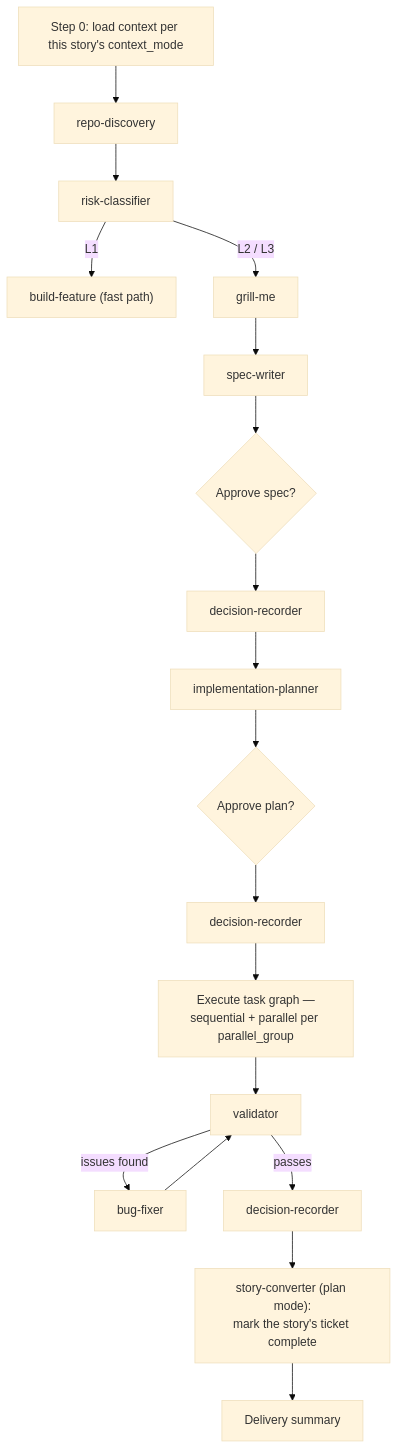
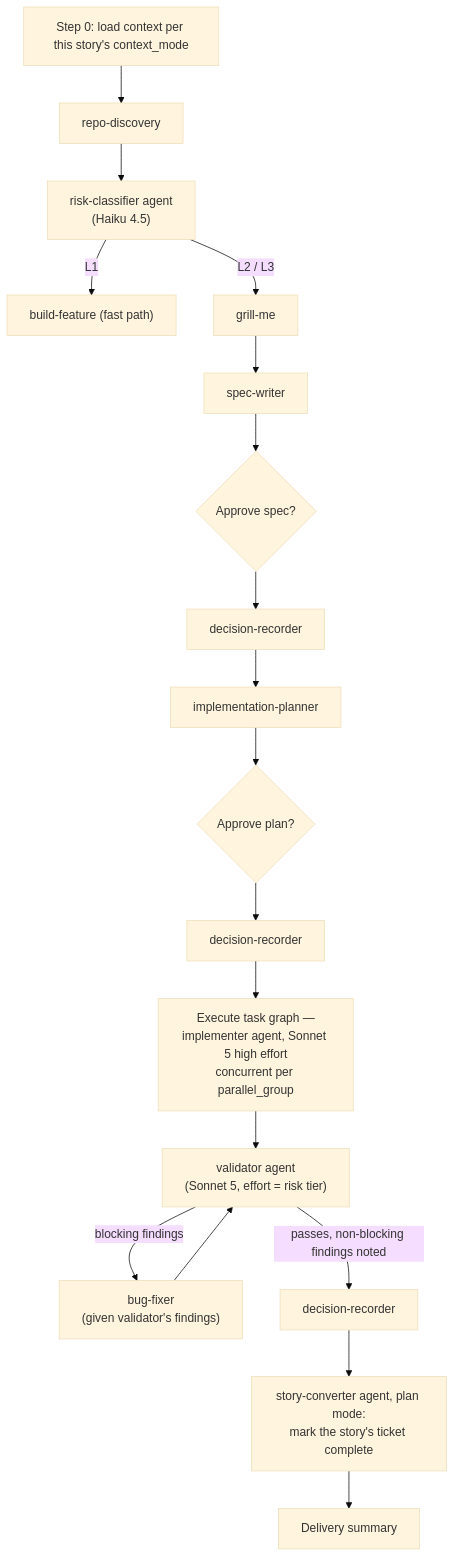
Before and after one commit to DSPerera95/agentic-sdlc-core: the second of 4 diagrams in HOW-IT-WORKS.md, drawn with Mermaid (base theme). The commit also changed other lines of this file and 21 other files, not shown here.

````diff
--- a/HOW-IT-WORKS.md
+++ b/HOW-IT-WORKS.md
@@ -123,19 +133,19 @@
 ```mermaid
 flowchart TD
     Start["Step 0: load context per this story's context_mode"] --> RD[repo-discovery]
-    RD --> RC[risk-classifier]
+    RD --> RC["risk-classifier agent<br/>(Haiku 4.5)"]
     RC -->|L1| BF["build-feature (fast path)"]
     RC -->|L2 / L3| GM[grill-me]
     GM --> SW[spec-writer]
     SW --> APV1{"Approve spec?"}
-    APV1 --> DR1[decision-recorder]
+    APV1 --> DR1["decision-recorder"]
     DR1 --> IP[implementation-planner]
     IP --> APV2{"Approve plan?"}
-    APV2 --> DR2[decision-recorder]
-    DR2 --> EXEC["Execute task graph —<br/>sequential + parallel per parallel_group"]
-    EXEC --> VAL[validator]
-    VAL -->|issues found| BFX[bug-fixer] --> VAL
-    VAL -->|passes| DR3[decision-recorder]
-    DR3 --> SC["story-converter (plan mode):<br/>mark the story's ticket complete"]
+    APV2 --> DR2["decision-recorder"]
+    DR2 --> EXEC["Execute task graph —<br/>implementer agent, Sonnet 5 high effort<br/>concurrent per parallel_group"]
+    EXEC --> VAL["validator agent<br/>(Sonnet 5, effort = risk tier)"]
+    VAL -->|blocking findings| BFX["bug-fixer<br/>(given validator's findings)"] --> VAL
+    VAL -->|passes, non-blocking findings noted| DR3["decision-recorder"]
+    DR3 --> SC["story-converter agent, plan mode:<br/>mark the story's ticket complete"]
     SC --> SUM[Delivery summary]
 ```
````
